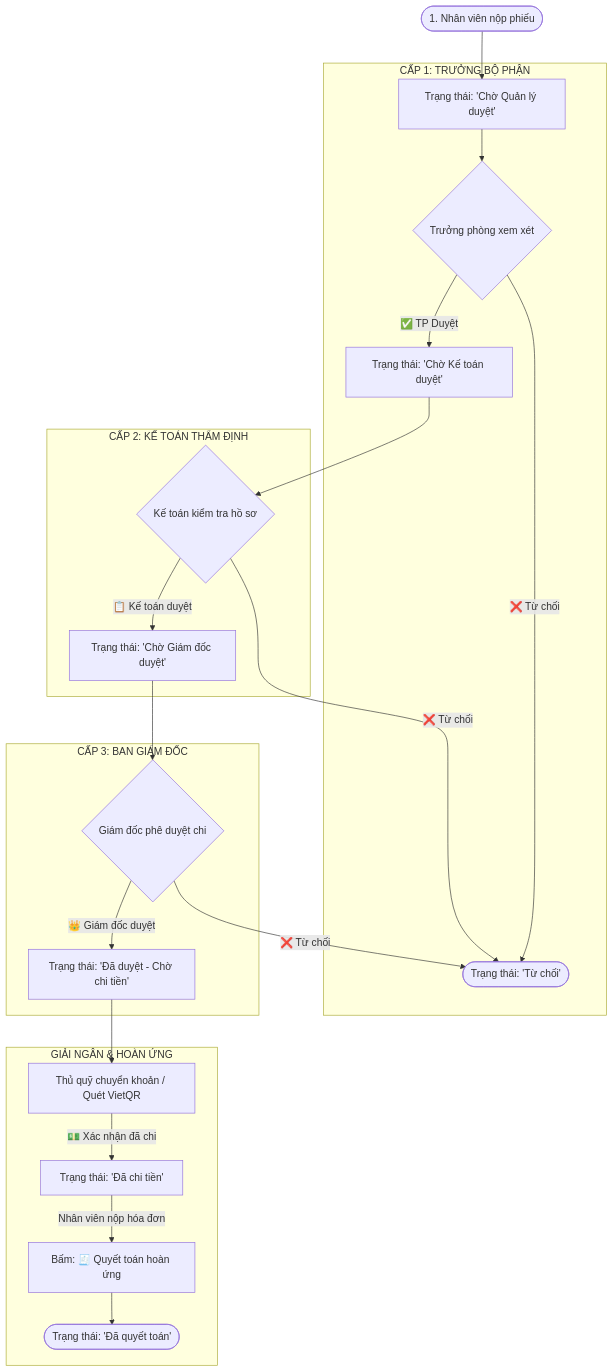
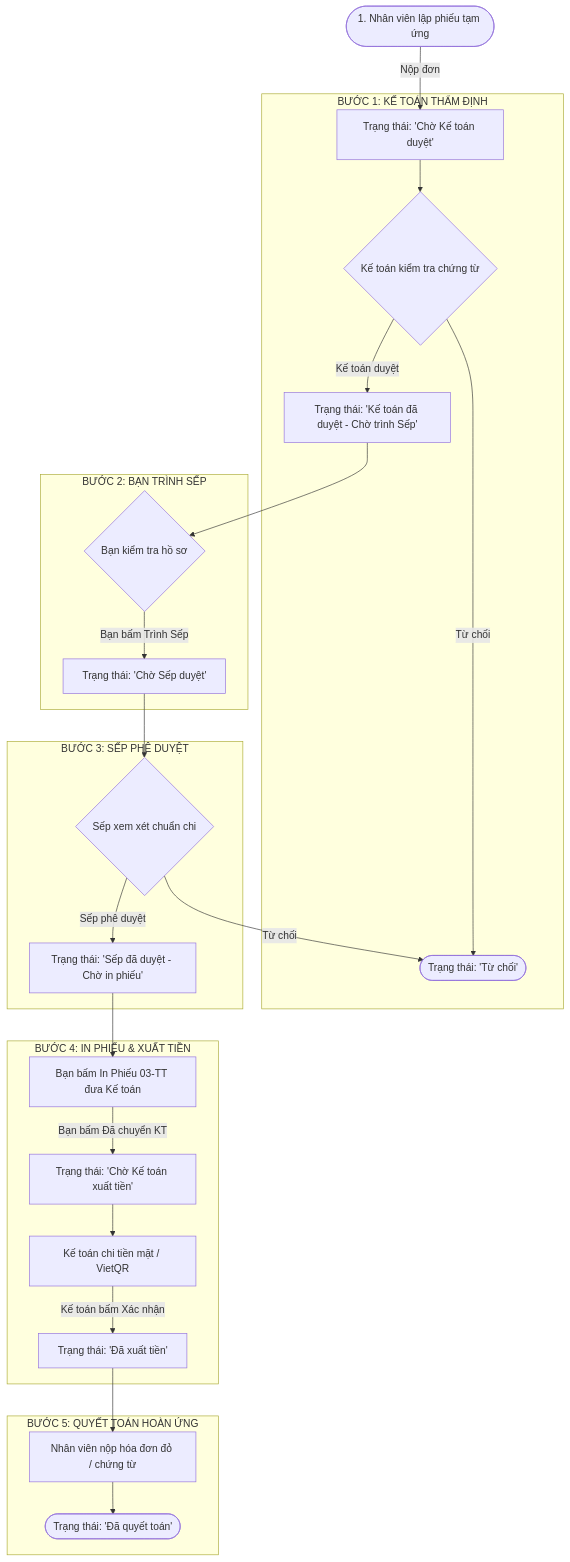
Before and after one commit to nguyenducvuongg/CreAppOnAppSheet_byme: the diagram in QuanLy_PhieuTamUng/HUONG_DAN_CAU_HINH_APPSHEET.md, drawn with Mermaid. The commit also changed other lines of this file and 2 other files, not shown here.

Commit message:
feat: Cap nhat toan dien quy trinh 5 buoc duyet tam ung, Code.gs va Huong dan AppSheet

````diff
--- a/QuanLy_PhieuTamUng/HUONG_DAN_CAU_HINH_APPSHEET.md
+++ b/QuanLy_PhieuTamUng/HUONG_DAN_CAU_HINH_APPSHEET.md
@@ -24,29 +21,33 @@
 ```mermaid
 flowchart TD
-    Start([1. Nhân viên nộp phiếu]) --> S1[Trạng thái: 'Chờ Quản lý duyệt']
+    A([1. Nhân viên lập phiếu tạm ứng]) -->|Nộp đơn| B[Trạng thái: 'Chờ Kế toán duyệt']
     
-    subgraph Cap1 [CẤP 1: TRƯỞNG BỘ PHẬN]
-        S1 --> B1{Trưởng phòng xem xét}
-        B1 -->|✅ TP Duyệt| S2[Trạng thái: 'Chờ Kế toán duyệt']
-        B1 -->|❌ Từ chối| RJ([Trạng thái: 'Từ chối'])
+    subgraph B1 [BƯỚC 1: KẾ TOÁN THẨM ĐỊNH]
+        B --> K1{Kế toán kiểm tra chứng từ}
+        K1 -->|Kế toán duyệt| C[Trạng thái: 'Kế toán đã duyệt - Chờ trình Sếp']
+        K1 -->|Từ chối| RJ([Trạng thái: 'Từ chối'])
     end
 
-    subgraph Cap2 [CẤP 2: KẾ TOÁN THẨM ĐỊNH]
-        S2 --> B2{Kế toán kiểm tra hồ sơ}
-        B2 -->|📋 Kế toán duyệt| S3[Trạng thái: 'Chờ Giám đốc duyệt']
-        B2 -->|❌ Từ chối| RJ
+    subgraph B2 [BƯỚC 2: BẠN TRÌNH SẾP]
+        C --> T1{Bạn kiểm tra hồ sơ}
+        T1 -->|Bạn bấm Trình Sếp| D[Trạng thái: 'Chờ Sếp duyệt']
     end
 
-    subgraph Cap3 [CẤP 3: BAN GIÁM ĐỐC]
-        S3 --> B3{Giám đốc phê duyệt chi}
-        B3 -->|👑 Giám đốc duyệt| S4[Trạng thái: 'Đã duyệt - Chờ chi tiền']
-        B3 -->|❌ Từ chối| RJ
+    subgraph B3 [BƯỚC 3: SẾP PHÊ DUYỆT]
+        D --> S1{Sếp xem xét chuẩn chi}
+        S1 -->|Sếp phê duyệt| E[Trạng thái: 'Sếp đã duyệt - Chờ in phiếu']
+        S1 -->|Từ chối| RJ
     end
 
-    subgraph GiaiNgan [GIẢI NGÂN & HOÀN ỨNG]
-        S4 --> B4[Thủ quỹ chuyển khoản / Quét VietQR]
-        B4 -->|💵 Xác nhận đã chi| S5[Trạng thái: 'Đã chi tiền']
-        S5 -->|Nhân viên nộp hóa đơn| S6[Bấm: 🧾 Quyết toán hoàn ứng]
-        S6 --> End([Trạng thái: 'Đã quyết toán'])
+    subgraph B4 [BƯỚC 4: IN PHIẾU & XUẤT TIỀN]
+        E --> T2[Bạn bấm In Phiếu 03-TT đưa Kế toán]
+        T2 -->|Bạn bấm Đã chuyển KT| F[Trạng thái: 'Chờ Kế toán xuất tiền']
+        F --> K2[Kế toán chi tiền mặt / VietQR]
+        K2 -->|Kế toán bấm Xác nhận| G[Trạng thái: 'Đã xuất tiền']
+    end
+
+    subgraph B5 [BƯỚC 5: QUYẾT TOÁN HOÀN ỨNG]
+        G --> H[Nhân viên nộp hóa đơn đỏ / chứng từ]
+        H --> End([Trạng thái: 'Đã quyết toán'])
     end
 ```
````
